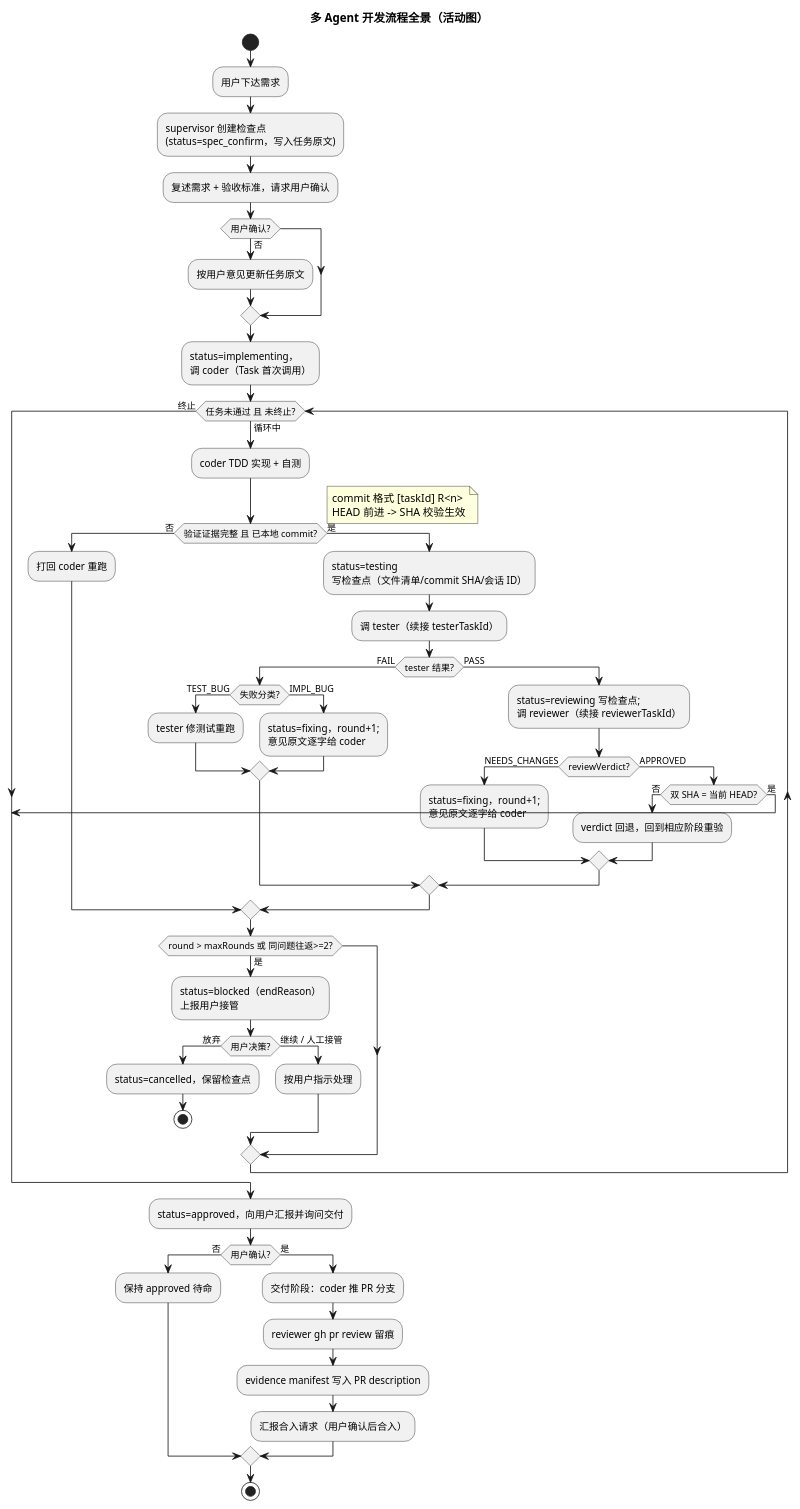
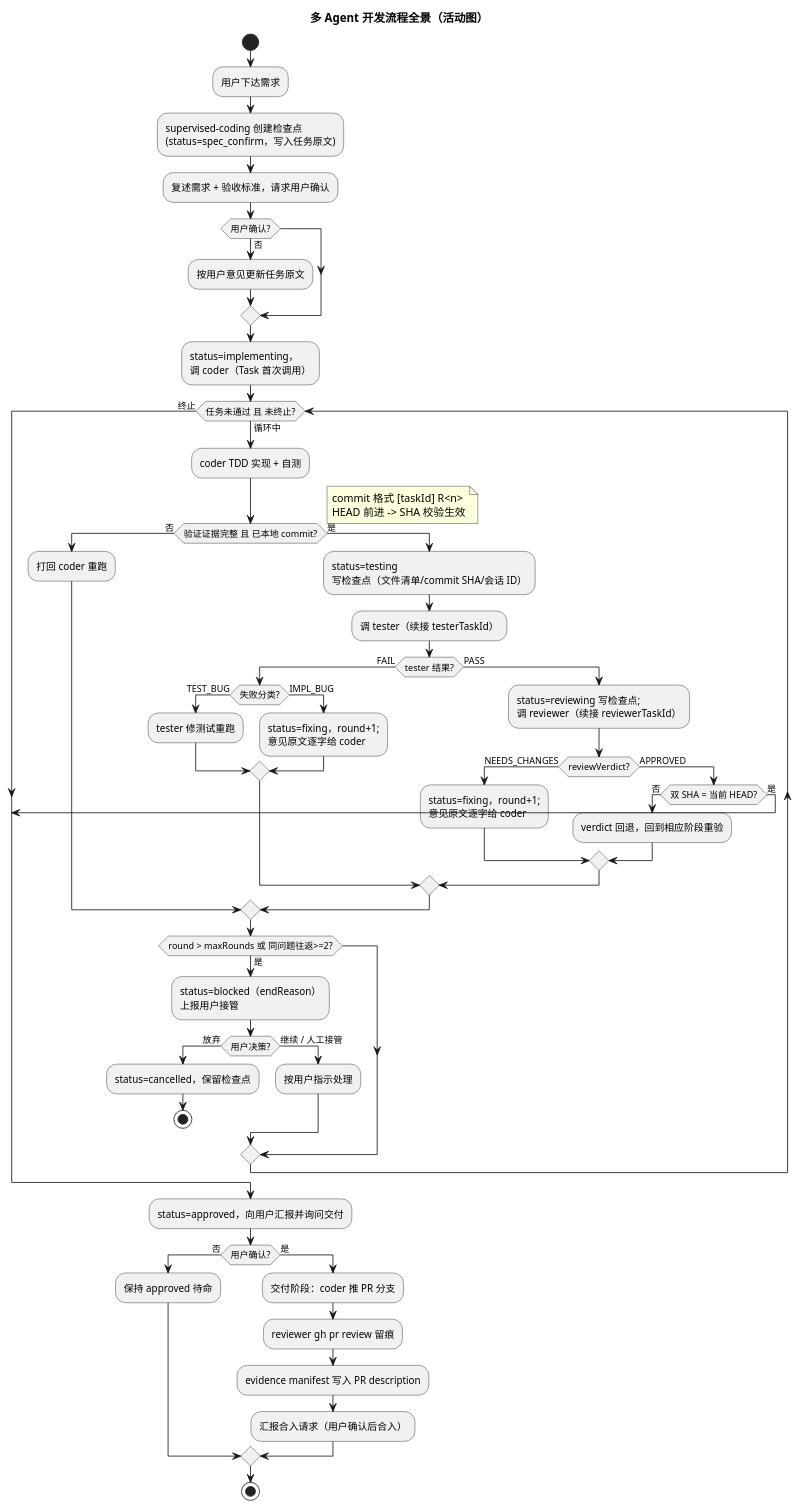
Before and after one commit to yq3/lab: the first of 2 diagrams in .opencode/README.md, drawn with PlantUML. The commit also changed other lines of this file and 5 other files, not shown here.

First line of the commit message:
refactor(opencode): rename supervisor to supervised-coding, capitalize agent display names

````diff
--- a/.opencode/README.md
+++ b/.opencode/README.md
@@ -130,64 +130,64 @@
 ```puml
 title 多 Agent 开发流程全景（活动图）
 
 start
 :用户下达需求;
-:supervisor 创建检查点\n(status=spec_confirm，写入任务原文);
+:supervised-coding 创建检查点\n(status=spec_confirm，写入任务原文);
 :复述需求 + 验收标准，请求用户确认;
 if (用户确认?) then (否)
   :按用户意见更新任务原文;
 endif
 :status=implementing，\n调 coder（Task 首次调用）;
 
 while (任务未通过 且 未终止?) is (循环中)
   :coder TDD 实现 + 自测;
   if (验证证据完整 且 已本地 commit?) then (否)
     :打回 coder 重跑;
   else (是)
     note right
       commit 格式 [taskId] R<n>
       HEAD 前进 -> SHA 校验生效
     end note
     :status=testing\n写检查点（文件清单/commit SHA/会话 ID）;
     :调 tester（续接 testerTaskId）;
     if (tester 结果?) then (FAIL)
       if (失败分类?) then (TEST_BUG)
         :tester 修测试重跑;
       else (IMPL_BUG)
         :status=fixing，round+1;\n意见原文逐字给 coder;
       endif
     else (PASS)
       :status=reviewing 写检查点;\n调 reviewer（续接 reviewerTaskId）;
       if (reviewVerdict?) then (NEEDS_CHANGES)
         :status=fixing，round+1;\n意见原文逐字给 coder;
       else (APPROVED)
         if (双 SHA = 当前 HEAD?) then (否)
           :verdict 回退，回到相应阶段重验;
         else (是)
           break
         endif
       endif
     endif
   endif
   if (round > maxRounds 或 同问题往返>=2?) then (是)
     :status=blocked（endReason）\n上报用户接管;
     if (用户决策?) then (放弃)
       :status=cancelled，保留检查点;
       stop
     else (继续 / 人工接管)
       :按用户指示处理;
     endif
   endif
 endwhile (终止)
 
 :status=approved，向用户汇报并询问交付;
 if (用户确认?) then (否)
   :保持 approved 待命;
 else (是)
   :交付阶段：coder 推 PR 分支;
   :reviewer gh pr review 留痕;
   :evidence manifest 写入 PR description;
   :汇报合入请求（用户确认后合入）;
 endif
 stop
 ```
````
